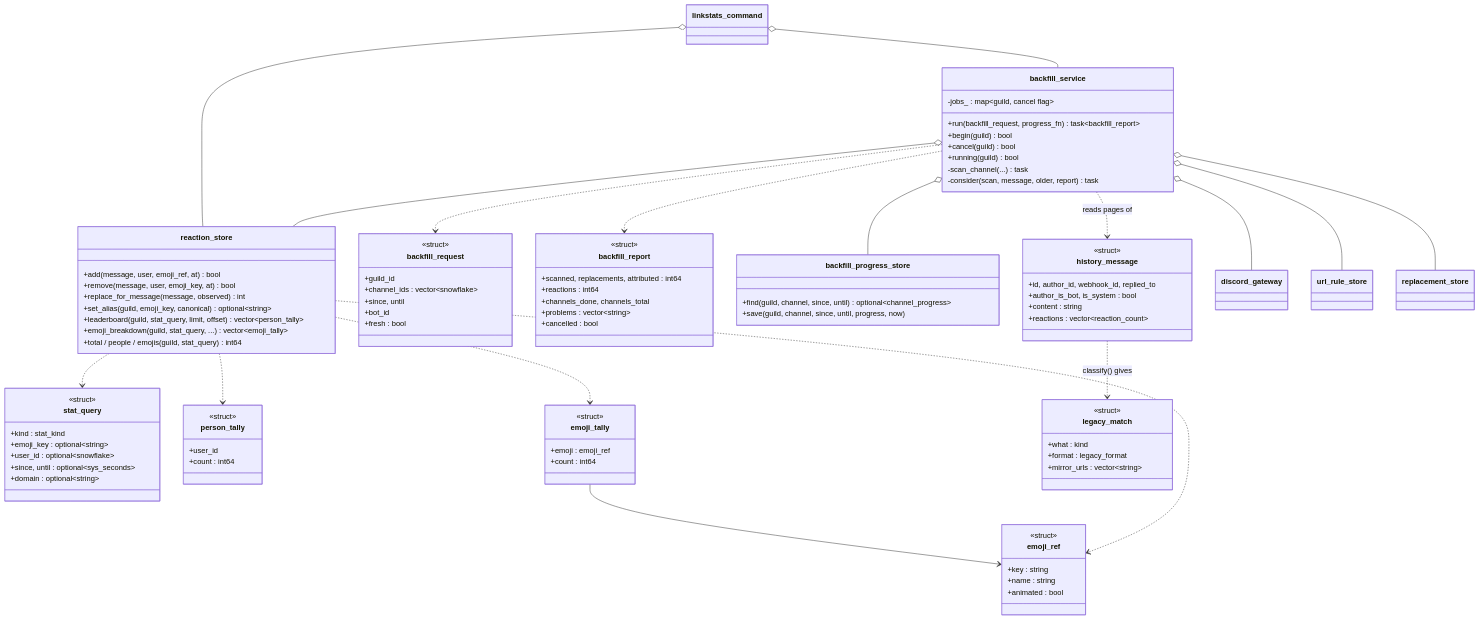
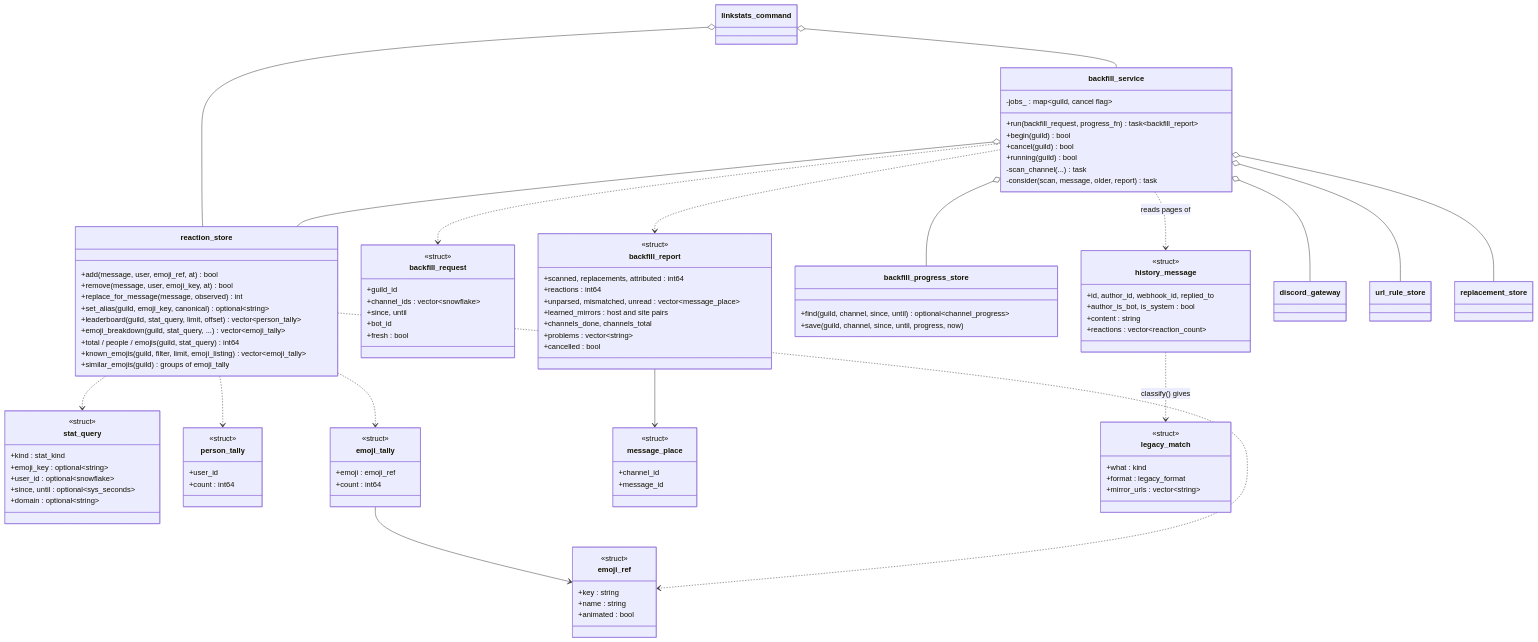
One commit to mhorn00/LatiBot-cpp changed the eighth of 13 diagrams in docs/architecture/Classes.md. Above: the diagram before and after it, drawn with Mermaid. The commit also changed other lines of this file and 21 other files, not shown here.

```diff
--- a/docs/architecture/Classes.md
+++ b/docs/architecture/Classes.md
@@ -774,6 +775,8 @@
         +leaderboard(guild, stat_query, limit, offset) vector~person_tally~
         +emoji_breakdown(guild, stat_query, ...) vector~emoji_tally~
         +total / people / emojis(guild, stat_query) int64
+        +known_emojis(guild, filter, limit, emoji_listing) vector~emoji_tally~
+        +similar_emojis(guild) groups of emoji_tally
     }
     class emoji_ref {
         <<struct>>
@@ -821,9 +824,16 @@
         <<struct>>
         +scanned, replacements, attributed : int64
         +reactions : int64
+        +unparsed, mismatched, unread : vector~message_place~
+        +learned_mirrors : host and site pairs
         +channels_done, channels_total
         +problems : vector~string~
         +cancelled : bool
+    }
+    class message_place {
+        <<struct>>
+        +channel_id
+        +message_id
     }
     class backfill_progress_store {
         +find(guild, channel, since, until) optional~channel_progress~
@@ -856,6 +866,7 @@
     backfill_service o-- backfill_progress_store
     backfill_service ..> backfill_request
     backfill_service ..> backfill_report
+    backfill_report --> message_place
     backfill_service ..> history_message : reads pages of
     history_message ..> legacy_match : classify() gives
     linkstats_command o-- reaction_store
```
